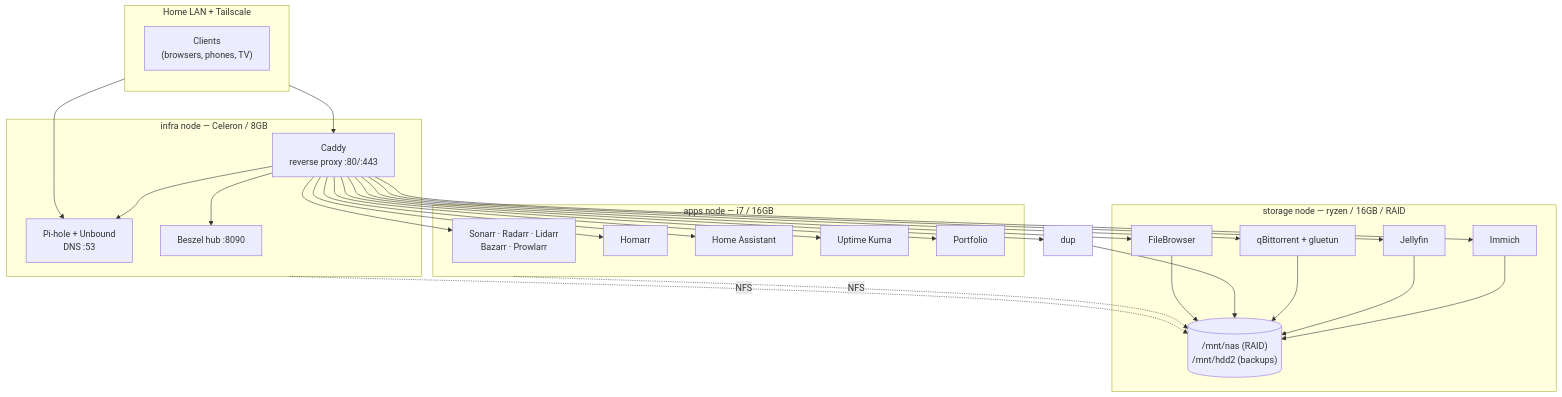
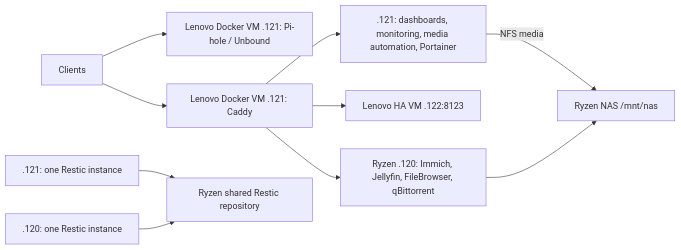
One commit to Abhijith126/homeServer changed the diagram in docs/architecture.md. Above: the diagram before and after it, drawn with Mermaid. The commit also changed other lines of this file and 167 other files, not shown here.

Commit message:
Consolidate homelab deployment into storage and docker targets

````diff
--- a/docs/architecture.md
+++ b/docs/architecture.md
@@ -7,38 +5,12 @@
 ```mermaid
-flowchart TB
-    subgraph net[Home LAN + Tailscale]
-        direction TB
-        clients["Clients<br/>(browsers, phones, TV)"]
-    end
-
-    subgraph infra["infra node — Celeron / 8GB"]
-        caddy["Caddy<br/>reverse proxy :80/:443"]
-        pihole["Pi-hole + Unbound<br/>DNS :53"]
-        beszel["Beszel hub :8090"]
-    end
-
-    subgraph apps["apps node — i7 / 16GB"]
-        arr["Sonarr · Radarr · Lidarr<br/>Bazarr · Prowlarr"]
-        homarr["Homarr"]
-        hass["Home Assistant"]
-        kuma["Uptime Kuma"]
-        portfolio["Portfolio"]
-    end
-
-    subgraph storage["storage node — ryzen / 16GB / RAID"]
-        immich["Immich"]
-        jelly["Jellyfin"]
-        qbit["qBittorrent + gluetun"]
-        fb["FileBrowser"]
-        nas[("/mnt/nas  (RAID)<br/>/mnt/hdd2 (backups)")]
-    end
-
-    clients --> pihole
-    clients --> caddy
-    caddy --> arr & homarr & hass & kuma & portfolio
-    caddy --> immich & jelly & qbit & dup & fb
-    caddy --> pihole & beszel
-    apps -. NFS .-> nas
-    infra -. NFS .-> nas
-    immich & jelly & qbit & dup & fb --> nas
+flowchart LR
+    clients[Clients] --> dns["Lenovo Docker VM .121: Pi-hole / Unbound"]
+    clients --> caddy["Lenovo Docker VM .121: Caddy"]
+    caddy --> applications[".121: dashboards, monitoring, media automation, Portainer"]
+    caddy --> ha["Lenovo HA VM .122:8123"]
+    caddy --> storage["Ryzen .120: Immich, Jellyfin, FileBrowser, qBittorrent"]
+    applications -->|NFS media| nas["Ryzen NAS /mnt/nas"]
+    storage --> nas
+    dockerbackup[".121: one Restic instance"] --> repo["Ryzen shared Restic repository"]
+    storagebackup[".120: one Restic instance"] --> repo
 ```
````
